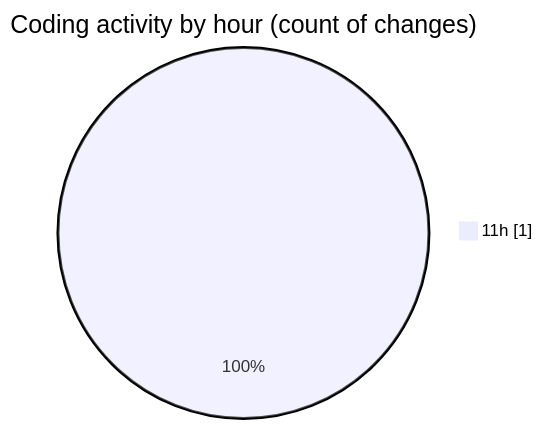
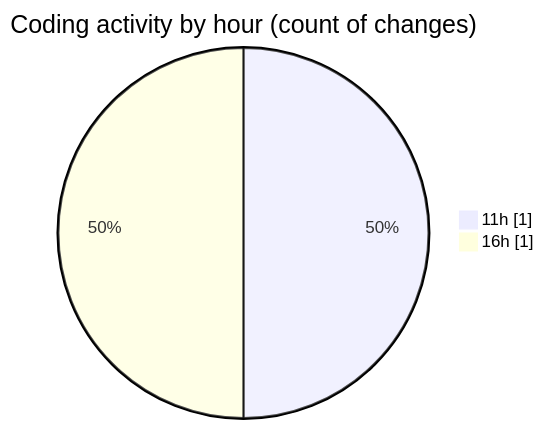
One commit to NitaiMahat/code-tracking changed the second of 2 diagrams in 2025-03-23/startfiles/README.md. Above: the diagram before and after it, drawn with Mermaid. The commit also changed other lines of this file and 1 other file, not shown here.

````diff
--- a/2025-03-23/startfiles/README.md
+++ b/2025-03-23/startfiles/README.md
@@ -28,5 +29,6 @@
 ```mermaid
 pie showData
 title Coding activity by hour (count of changes)
 "11h" : 1
+"16h" : 1
 ```
````
